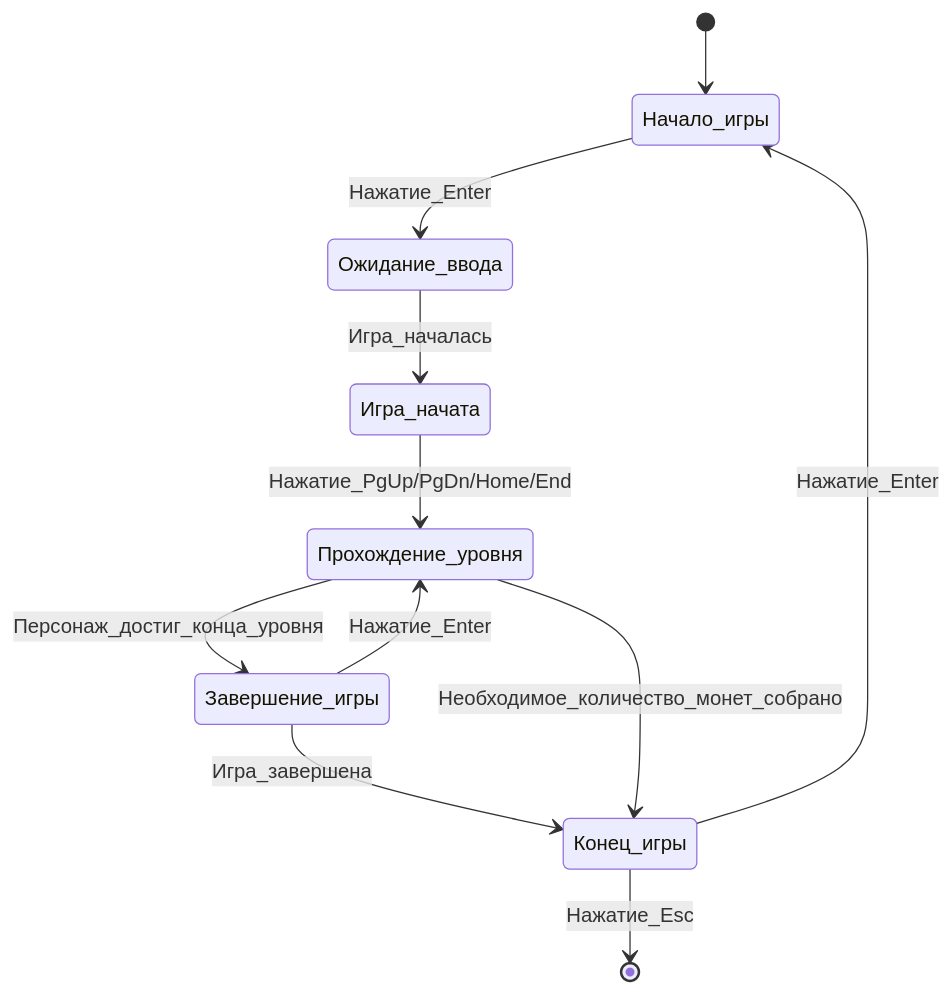
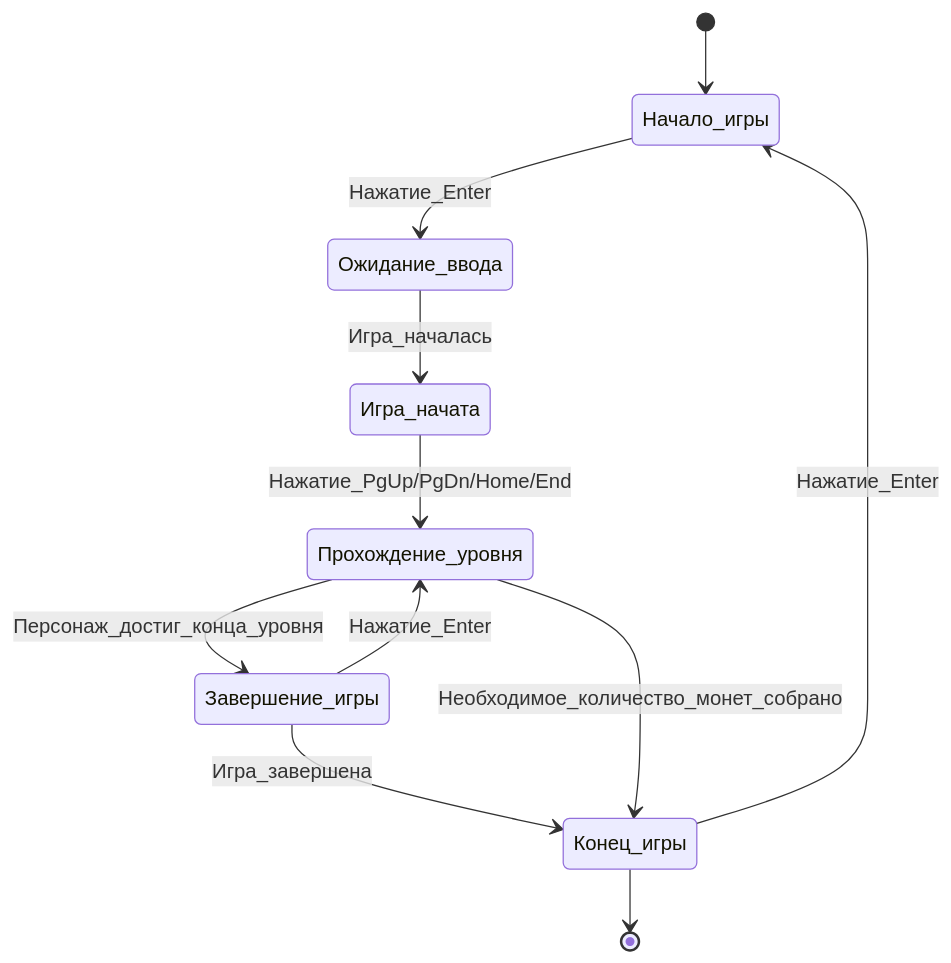
One commit to ArinaTolpa/Lab1.2 changed the first of 4 diagrams in docs/behavior.md. Above: the diagram before and after it, drawn with Mermaid.

Commit message:
лаба 5

````diff
--- a/docs/behavior.md
+++ b/docs/behavior.md
@@ -4,13 +4,13 @@
 ```mermaid
 stateDiagram
     [*] --> Начало_игры
     Начало_игры --> Ожидание_ввода: Нажатие_Enter
     Ожидание_ввода --> Игра_начата: Игра_началась
     Игра_начата --> Прохождение_уровня: Нажатие_PgUp/PgDn/Home/End
     Прохождение_уровня --> Завершение_игры: Персонаж_достиг_конца_уровня
     Завершение_игры --> Конец_игры: Игра_завершена
     Завершение_игры --> Прохождение_уровня: Нажатие_Enter
     Прохождение_уровня --> Конец_игры: Необходимое_количество_монет_собрано
     Конец_игры --> Начало_игры: Нажатие_Enter
-    Конец_игры --> [*]: Нажатие_Esc
+    Конец_игры --> [*]: 
 ```
````
